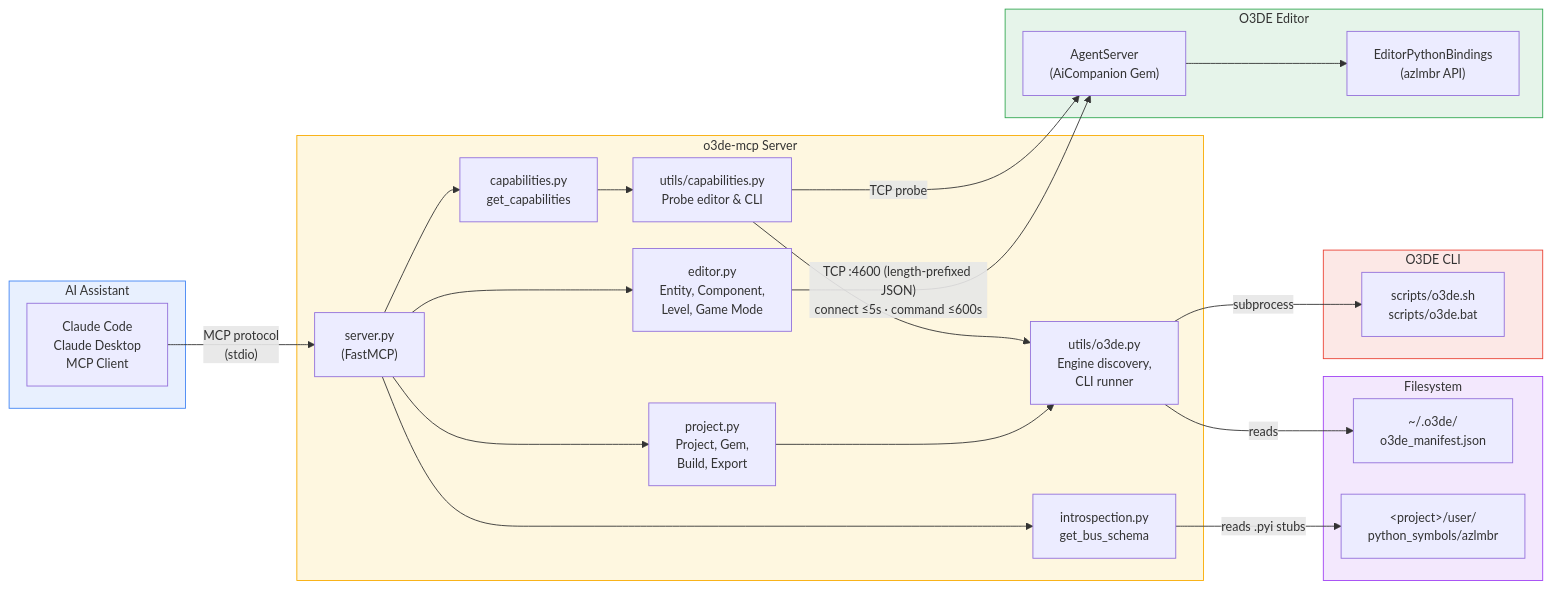
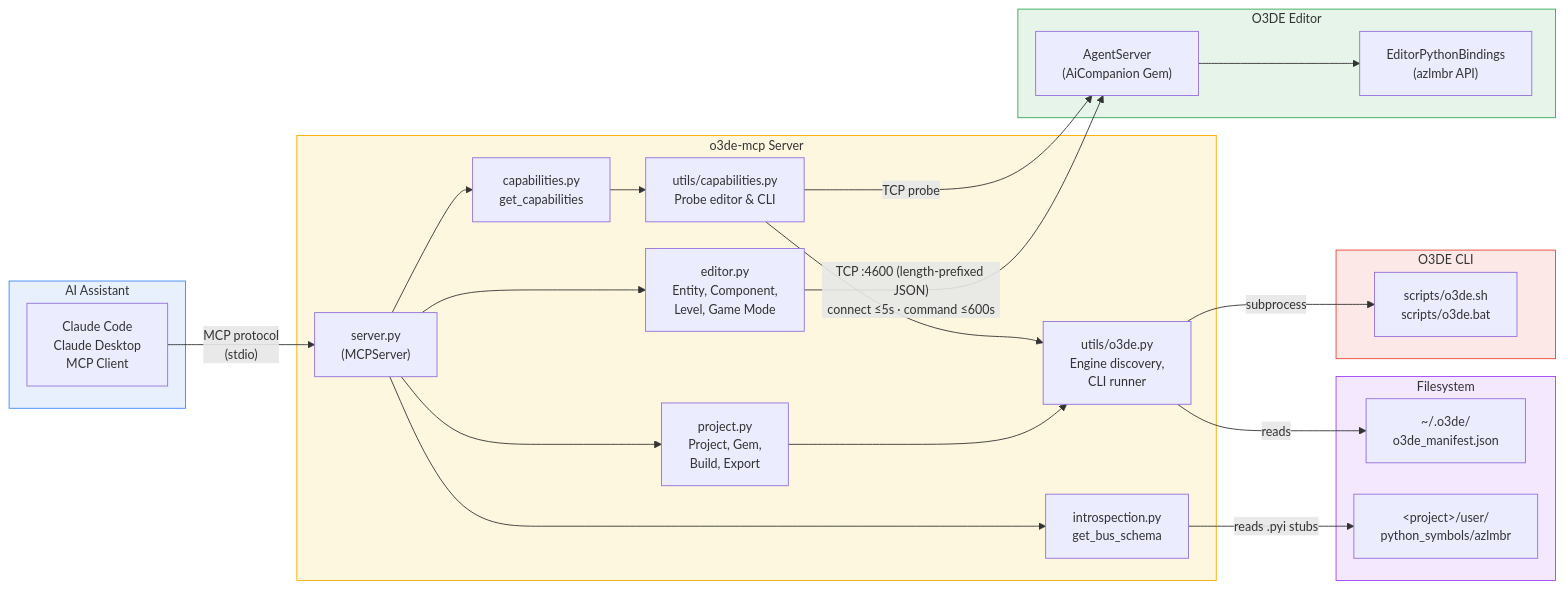
Before and after one commit to nickschuetz/o3de-mcp: the diagram in docs/architecture.md, drawn with Mermaid. The commit also changed other lines of this file and 18 other files, not shown here.

First line of the commit message:
Migrate to the mcp 2.x MCPServer API and bound dependency ranges (#8)

````diff
--- a/docs/architecture.md
+++ b/docs/architecture.md
@@ -13,59 +13,59 @@
 ```mermaid
 ---
 config:
   themeVariables:
     fontSize: 14px
   flowchart:
     nodeSpacing: 30
     rankSpacing: 40
 ---
 graph LR
     subgraph AI["AI Assistant"]
         CC["Claude Code<br/>Claude Desktop<br/>MCP Client"]
     end
 
     subgraph MCP["o3de-mcp Server"]
-        S["server.py<br/>(FastMCP)"]
+        S["server.py<br/>(MCPServer)"]
         CAP["capabilities.py<br/>get_capabilities"]
         ED["editor.py<br/>Entity, Component,<br/>Level, Game Mode"]
         INTRO["introspection.py<br/>get_bus_schema"]
         PR["project.py<br/>Project, Gem,<br/>Build, Export"]
         UC["utils/capabilities.py<br/>Probe editor & CLI"]
         UO["utils/o3de.py<br/>Engine discovery,<br/>CLI runner"]
     end
 
     subgraph O3DE["O3DE Editor"]
         AS["AgentServer<br/>(AiCompanion Gem)"]
         EPB["EditorPythonBindings<br/>(azlmbr API)"]
     end
 
     subgraph CLI["O3DE CLI"]
         SCRIPT["scripts/o3de.sh<br/>scripts/o3de.bat"]
     end
 
     subgraph FS["Filesystem"]
         MANIFEST["~/.o3de/<br/>o3de_manifest.json"]
         STUBS["&lt;project&gt;/user/<br/>python_symbols/azlmbr"]
     end
 
     CC -- "MCP protocol<br/>(stdio)" --> S
     S --> CAP
     S --> ED
     S --> INTRO
     S --> PR
     CAP --> UC
     ED -- "TCP :4600 (length-prefixed JSON)<br/>connect ≤5s · command ≤600s" --> AS
     AS --> EPB
     INTRO -- "reads .pyi stubs" --> STUBS
     PR --> UO
     UO -- subprocess --> SCRIPT
     UO -- reads --> MANIFEST
     UC --> UO
     UC -- "TCP probe" --> AS
 
     style AI fill:#e8f0fe,stroke:#4285f4
     style MCP fill:#fef7e0,stroke:#f9ab00
     style O3DE fill:#e6f4ea,stroke:#34a853
     style CLI fill:#fce8e6,stroke:#ea4335
     style FS fill:#f3e8fd,stroke:#a142f4
 ```
````
